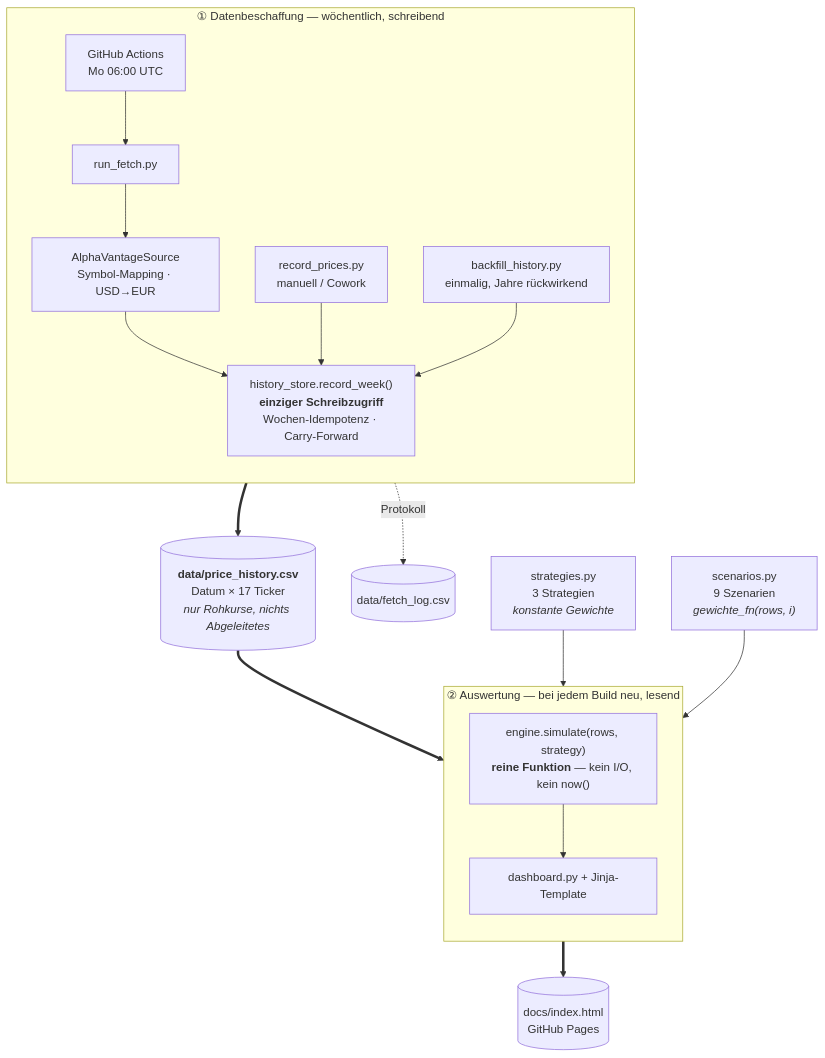
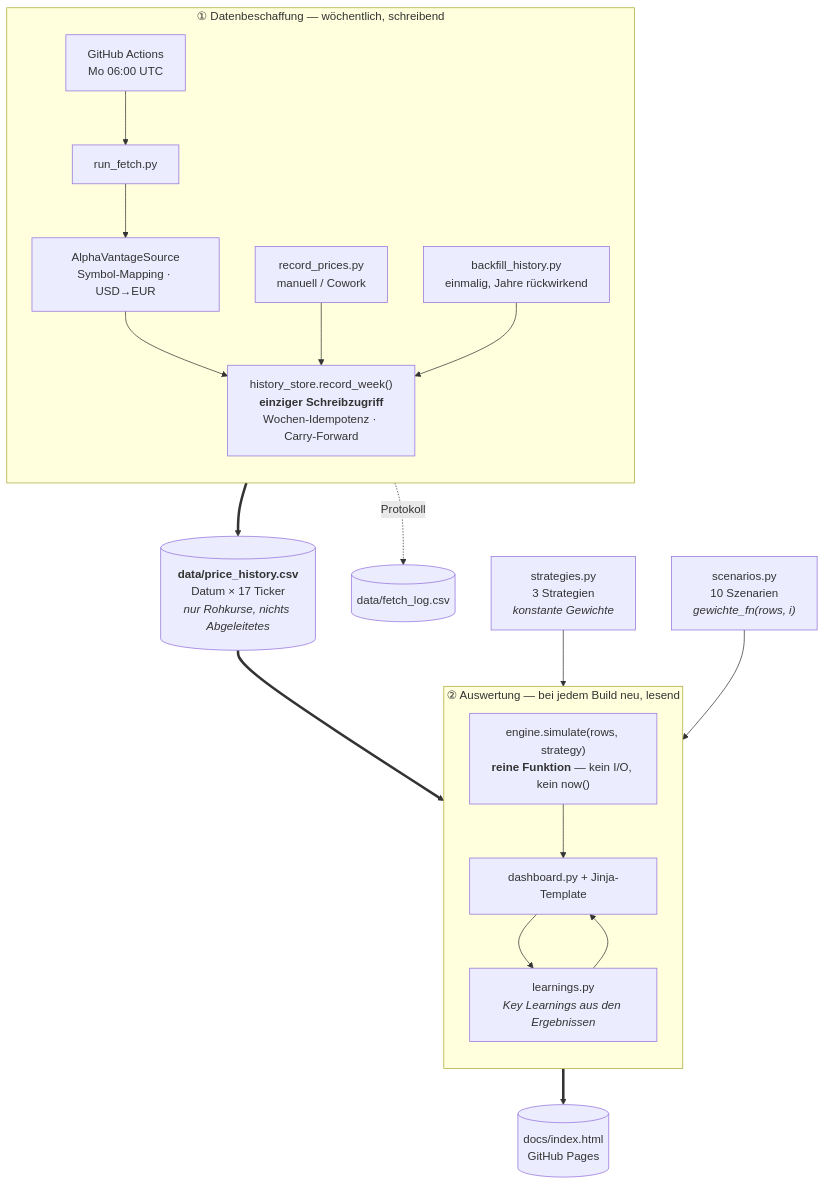
The diagram in README.md (S540d/Boersenspiel), drawn with Mermaid before and after one commit. The commit also changed other lines of this file and 5 other files, not shown here.

First line of the commit message:
Key-Learnings-Sektion im Dashboard, aus den Ergebnissen abgeleitet

````diff
--- a/README.md
+++ b/README.md
@@ -18,26 +18,28 @@
 ```mermaid
 flowchart TB
     subgraph beschaffung["① Datenbeschaffung — wöchentlich, schreibend"]
         direction TB
         cron["GitHub Actions<br/>Mo 06:00 UTC"] --> fetch["run_fetch.py"]
         fetch --> av["AlphaVantageSource<br/>Symbol-Mapping · USD→EUR"]
         av --> store
         manual["record_prices.py<br/>manuell / Cowork"] --> store
         back["backfill_history.py<br/>einmalig, Jahre rückwirkend"] --> store
         store["history_store.record_week()<br/><b>einziger Schreibzugriff</b><br/>Wochen-Idempotenz · Carry-Forward"]
     end
 
     store ==> csv[("<b>data/price_history.csv</b><br/>Datum × 17 Ticker<br/><i>nur Rohkurse, nichts Abgeleitetes</i>")]
     store -.Protokoll.-> log[("data/fetch_log.csv")]
 
     subgraph auswertung["② Auswertung — bei jedem Build neu, lesend"]
         direction TB
         sim["engine.simulate(rows, strategy)<br/><b>reine Funktion</b> — kein I/O, kein now()"]
         sim --> dash["dashboard.py + Jinja-Template"]
+        dash --> learn["learnings.py<br/><i>Key Learnings aus den Ergebnissen</i>"]
+        learn --> dash
     end
 
     csv ==> sim
     strat["strategies.py<br/>3 Strategien<br/><i>konstante Gewichte</i>"] --> sim
-    scen["scenarios.py<br/>9 Szenarien<br/><i>gewichte_fn(rows, i)</i>"] --> sim
+    scen["scenarios.py<br/>10 Szenarien<br/><i>gewichte_fn(rows, i)</i>"] --> sim
     dash ==> html[("docs/index.html<br/>GitHub Pages")]
 ```
````
